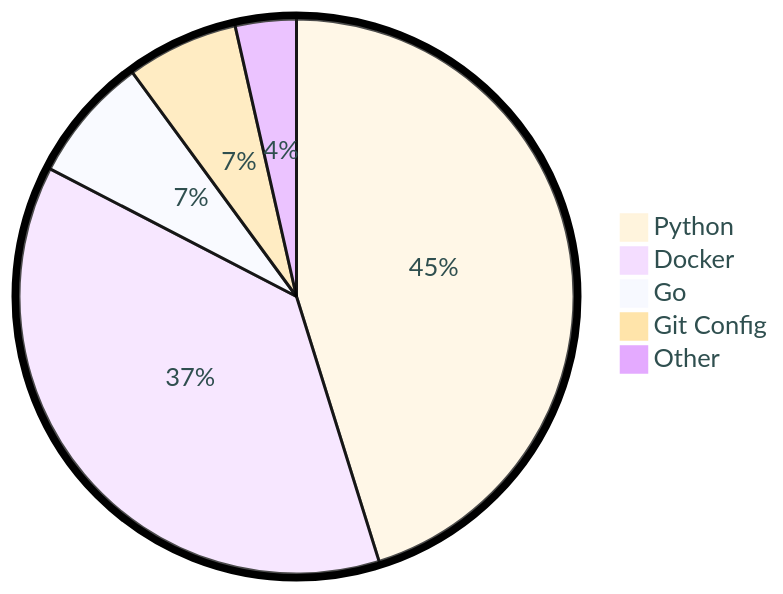
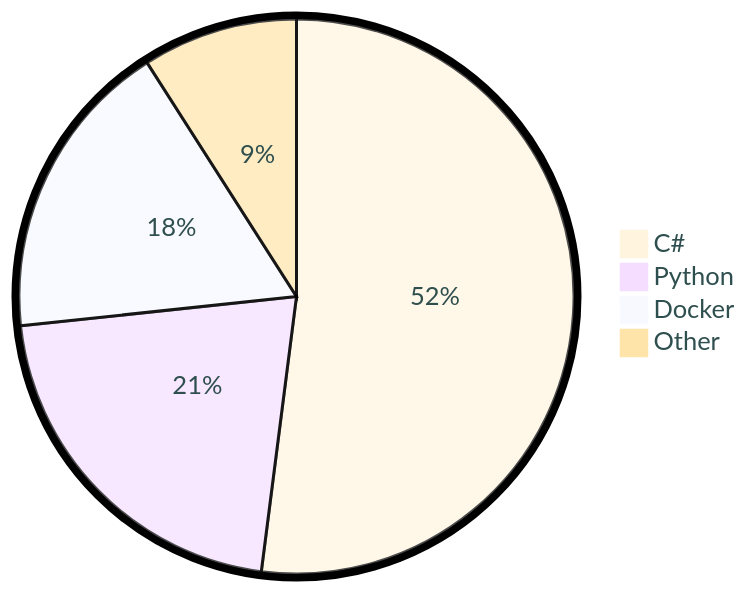
Before and after one commit to tot0p/tot0p: the diagram in README.md, drawn with Mermaid. The commit also changed other lines of this file, not shown here.

````diff
--- a/README.md
+++ b/README.md
@@ -74,9 +76,8 @@
 ```mermaid
 %%{init: {"pie": {"textPosition": 0.5}, "themeVariables": {"pieOuterStrokeWidth": "5px","primaryTextColor" : "#2F4F4F"},"theme":"base"} }%%
 pie
-	"Python": 45.19
-	"Docker": 37.42
-	"Go": 7.33
-	"Git Config": 6.51
-	"Other": 3.5500000000000003
+	"C#": 52.02
+	"Python": 21.29
+	"Docker": 17.63
+	"Other": 9.049999999999999
 ```
````
